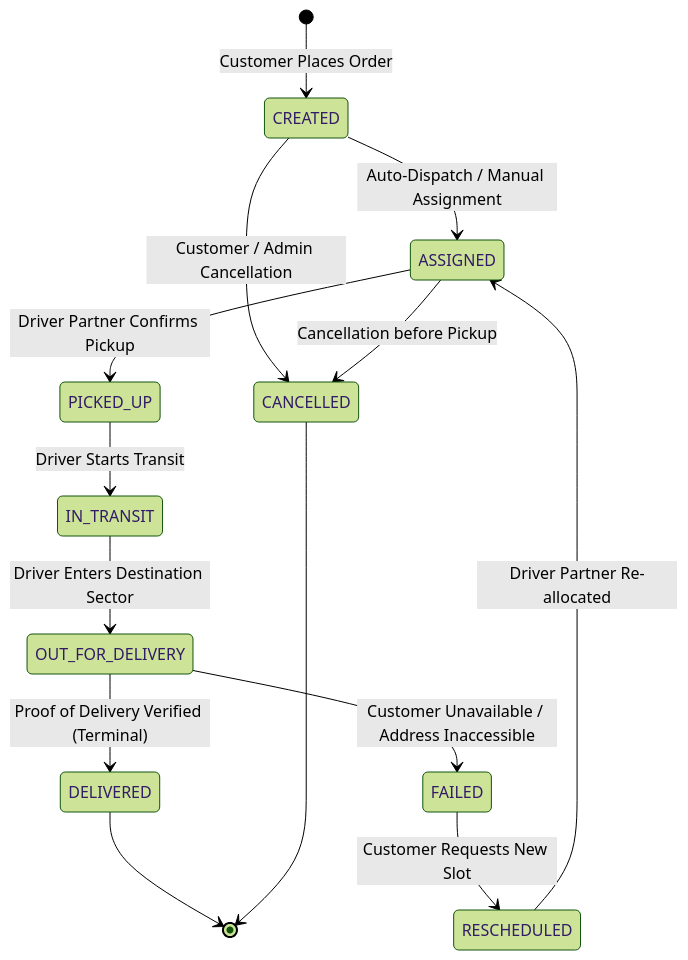
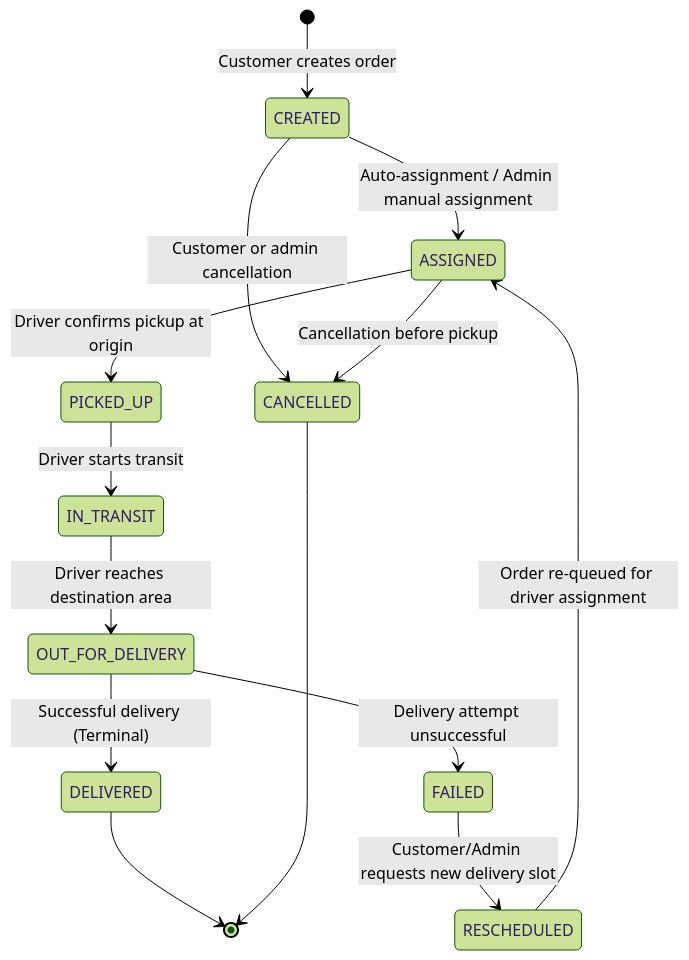
Before and after one commit to Milindverma24/Last_mile_tracker_vitb: the second of 3 diagrams in ARCHITECTURE.md, drawn with Mermaid (forest theme). The commit also changed other lines of this file and 2 other files, not shown here.

Commit message:
docs: update project documentation, cleanup README screenshots, and rename design file to ARCHITECTURE.md

````diff
--- a/ARCHITECTURE.md
+++ b/ARCHITECTURE.md
@@ -68,16 +68,16 @@
 ```mermaid
 stateDiagram-v2
-    [*] --> CREATED: Customer Places Order
-    CREATED --> ASSIGNED: Auto-Dispatch / Manual Assignment
-    CREATED --> CANCELLED: Customer / Admin Cancellation
-    ASSIGNED --> PICKED_UP: Driver Partner Confirms Pickup
-    ASSIGNED --> CANCELLED: Cancellation before Pickup
-    PICKED_UP --> IN_TRANSIT: Driver Starts Transit
-    IN_TRANSIT --> OUT_FOR_DELIVERY: Driver Enters Destination Sector
-    OUT_FOR_DELIVERY --> DELIVERED: Proof of Delivery Verified (Terminal)
-    OUT_FOR_DELIVERY --> FAILED: Customer Unavailable / Address Inaccessible
-    FAILED --> RESCHEDULED: Customer Requests New Slot
-    RESCHEDULED --> ASSIGNED: Driver Partner Re-allocated
+    [*] --> CREATED: Customer creates order
+    CREATED --> ASSIGNED: Auto-assignment / Admin manual assignment
+    CREATED --> CANCELLED: Customer or admin cancellation
+    ASSIGNED --> PICKED_UP: Driver confirms pickup at origin
+    ASSIGNED --> CANCELLED: Cancellation before pickup
+    PICKED_UP --> IN_TRANSIT: Driver starts transit
+    IN_TRANSIT --> OUT_FOR_DELIVERY: Driver reaches destination area
+    OUT_FOR_DELIVERY --> DELIVERED: Successful delivery (Terminal)
+    OUT_FOR_DELIVERY --> FAILED: Delivery attempt unsuccessful
+    FAILED --> RESCHEDULED: Customer/Admin requests new delivery slot
+    RESCHEDULED --> ASSIGNED: Order re-queued for driver assignment
     DELIVERED --> [*]
     CANCELLED --> [*]
 ```
````
